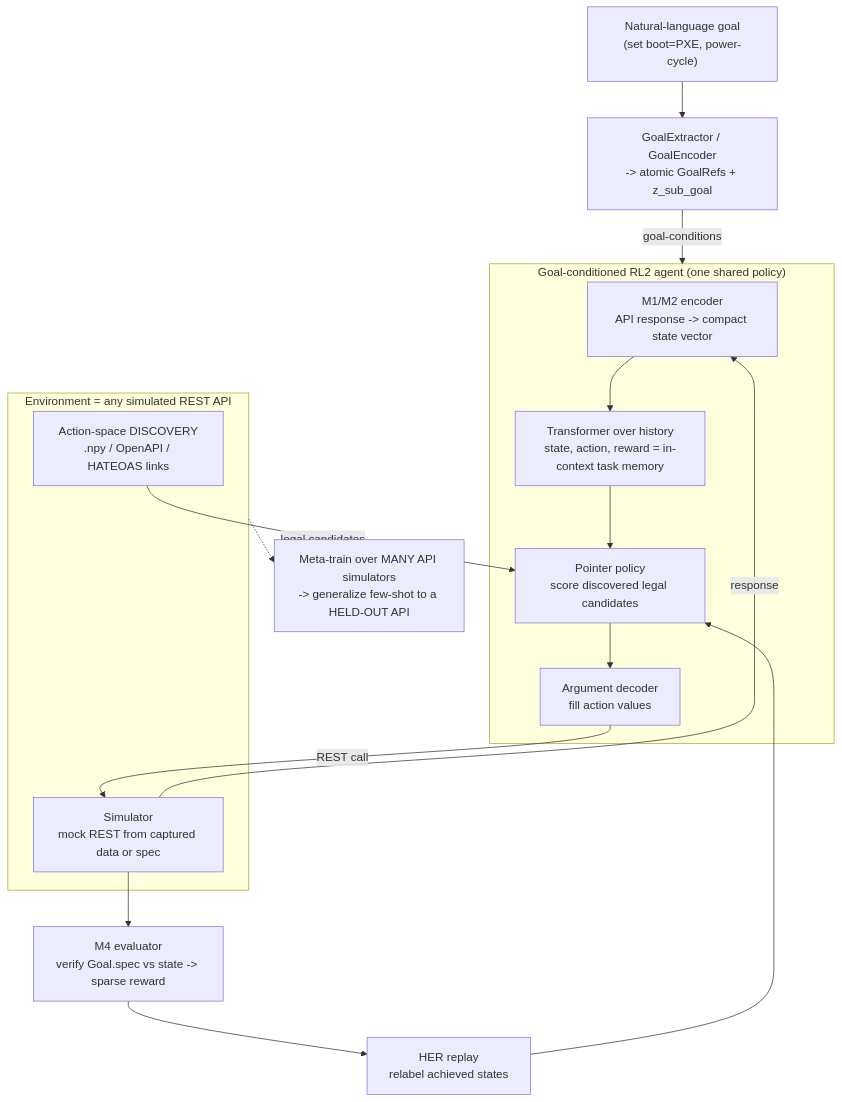
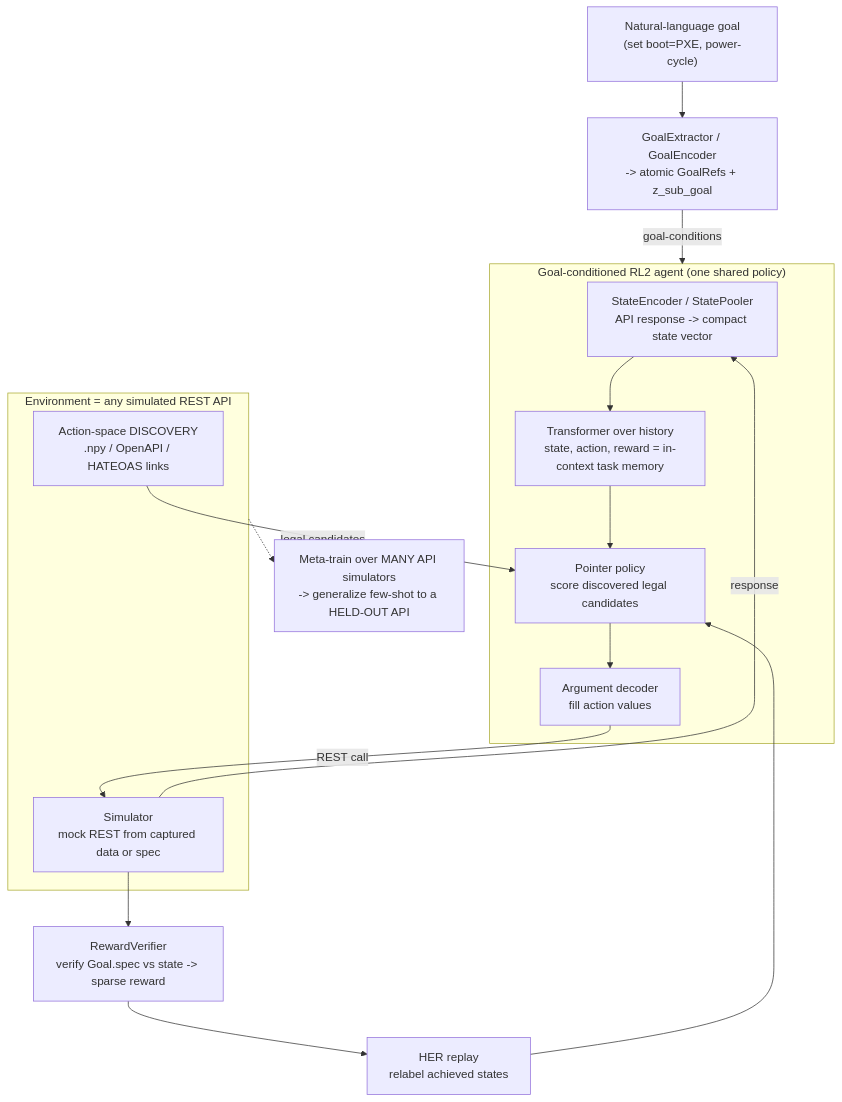
One commit to spyroot/igc changed the fourth of 8 diagrams in docs/ARCHITECTURE.md. Above: the diagram before and after it, drawn with Mermaid. The commit also changed other lines of this file and 22 other files, not shown here.

````diff
--- a/docs/ARCHITECTURE.md
+++ b/docs/ARCHITECTURE.md
@@ -435,29 +437,29 @@
 ```mermaid
 flowchart TB
     NL["Natural-language goal<br/>(set boot=PXE, power-cycle)"]
     NL --> GE["GoalExtractor / GoalEncoder<br/>-> atomic GoalRefs + z_sub_goal"]
     GE -->|goal-conditions| AGENT
 
     subgraph AGENT["Goal-conditioned RL2 agent (one shared policy)"]
-        ENC["M1/M2 encoder<br/>API response -> compact state vector"]
+        ENC["StateEncoder / StatePooler<br/>API response -> compact state vector"]
         HIST["Transformer over history<br/>state, action, reward = in-context task memory"]
         POL["Pointer policy<br/>score discovered legal candidates"]
         ARG["Argument decoder<br/>fill action values"]
         ENC --> HIST --> POL --> ARG
     end
 
     subgraph ENVS["Environment = any simulated REST API"]
         DISC["Action-space DISCOVERY<br/>.npy / OpenAPI / HATEOAS links"]
         SIM["Simulator<br/>mock REST from captured data or spec"]
     end
 
     ARG -->|REST call| SIM
     SIM -->|response| ENC
     DISC -->|legal candidates| POL
-    SIM --> M4["M4 evaluator<br/>verify Goal.spec vs state -> sparse reward"]
-    M4 --> HER["HER replay<br/>relabel achieved states"]
+    SIM --> RV["RewardVerifier<br/>verify Goal.spec vs state -> sparse reward"]
+    RV --> HER["HER replay<br/>relabel achieved states"]
     HER --> POL
 
     META["Meta-train over MANY API simulators<br/>-> generalize few-shot to a HELD-OUT API"]
     ENVS -.-> META
 ```
````
